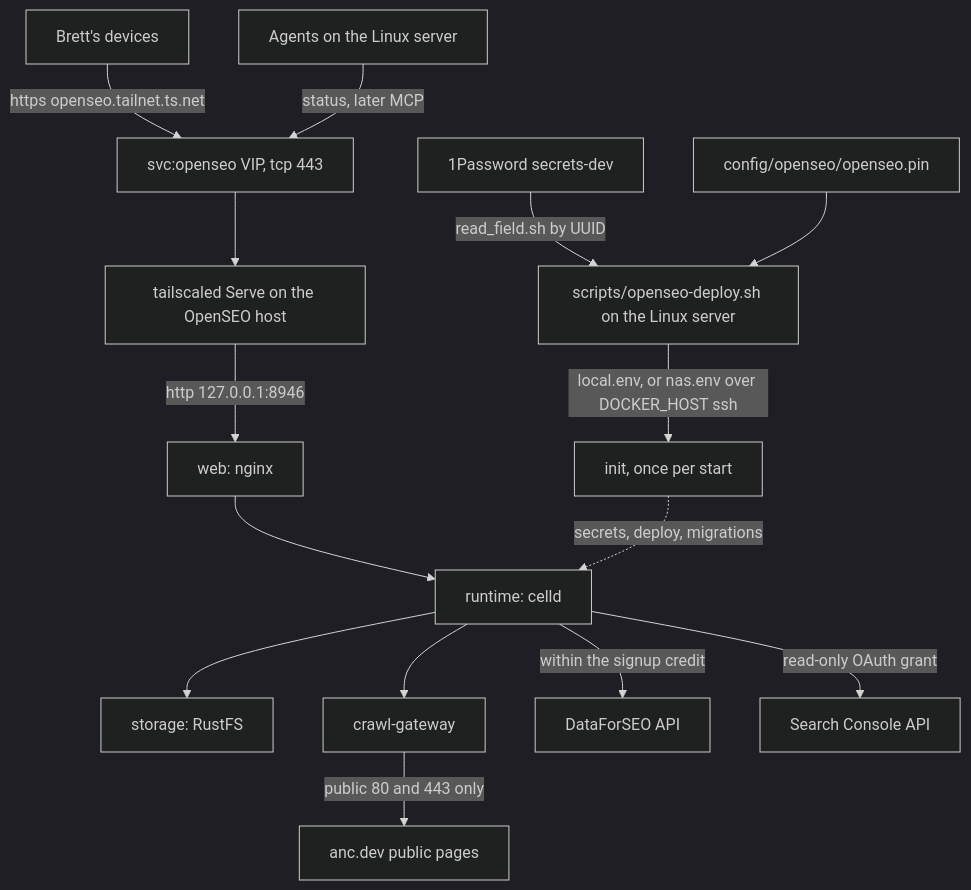
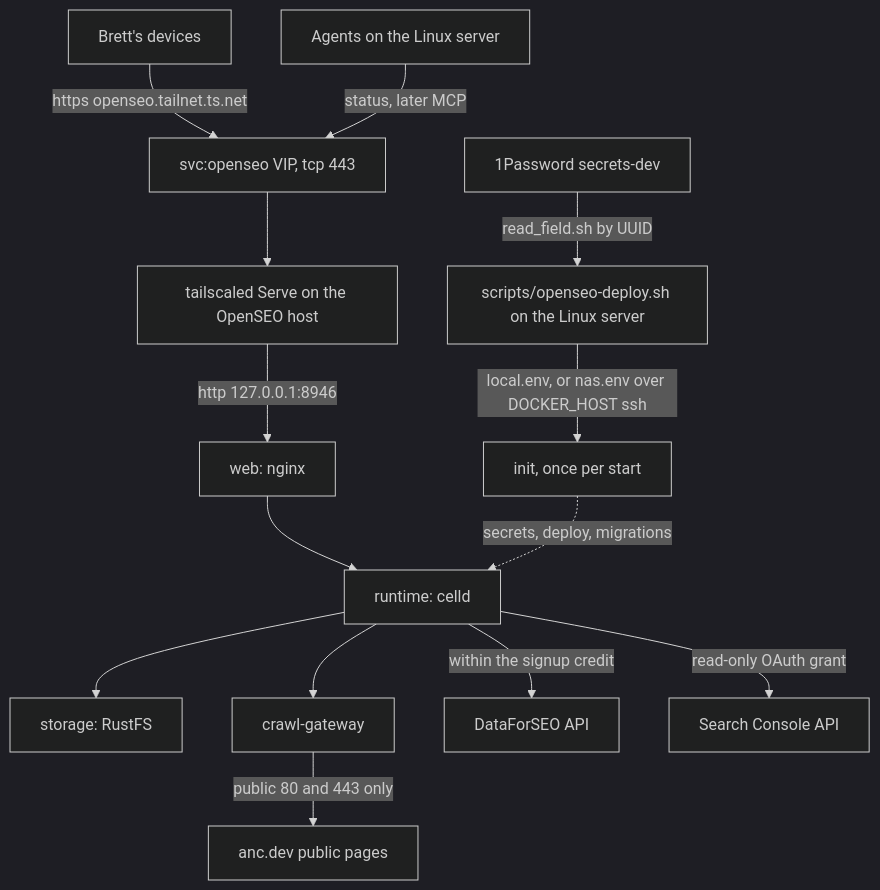
The first of 4 diagrams in docs/plans/2026-11-06-0100-feat-openseo-tailnet-service-plan.md (brettdavies/dotfiles), drawn with Mermaid (dark theme) before and after one commit. The commit also changed other lines of this file and 11 other files, not shown here.

First line of the commit message:
refactor(openseo): keep the app image in the deploy script and drop the pin file

````diff
--- a/docs/plans/2026-11-06-0100-feat-openseo-tailnet-service-plan.md
+++ b/docs/plans/2026-11-06-0100-feat-openseo-tailnet-service-plan.md
@@ -391,17 +389,16 @@
 ```mermaid
 flowchart TB
   mac[Brett's devices] -->|https openseo.tailnet.ts.net| vip[svc:openseo VIP, tcp 443]
   agents[Agents on the Linux server] -->|status, later MCP| vip
   vip --> serve[tailscaled Serve on the OpenSEO host]
   serve -->|http 127.0.0.1:8946| web[web: nginx]
   web --> runtime[runtime: celld]
   runtime --> storage[storage: RustFS]
   runtime --> gw[crawl-gateway]
   gw -->|public 80 and 443 only| anc[anc.dev public pages]
   runtime -->|within the signup credit| dfs[DataForSEO API]
   runtime -->|read-only OAuth grant| gsc[Search Console API]
   init[init, once per start] -.->|secrets, deploy, migrations| runtime
   op[1Password secrets-dev] -->|read_field.sh by UUID| deploy[scripts/openseo-deploy.sh on the Linux server]
-  pin[config/openseo/openseo.pin] --> deploy
   deploy -->|local.env, or nas.env over DOCKER_HOST ssh| init
 ```
````
